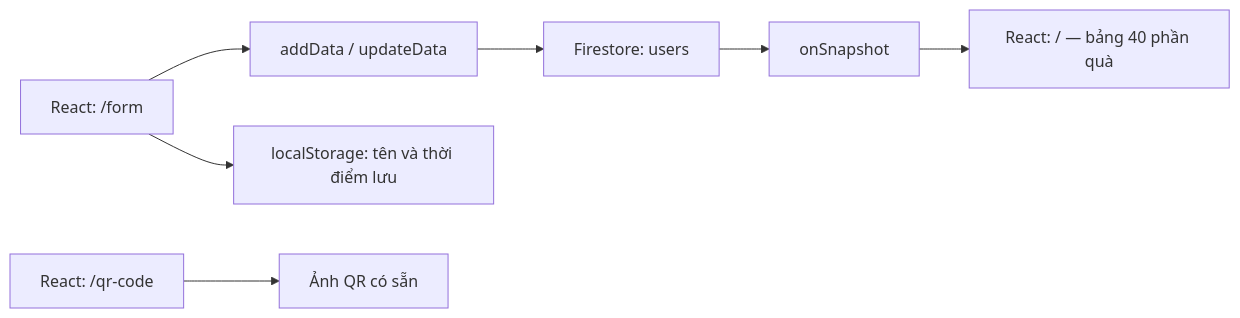
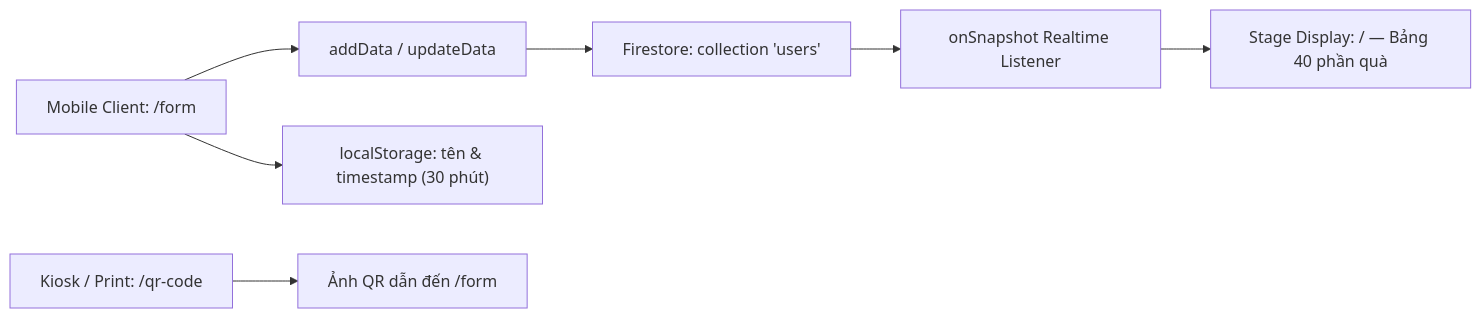
One commit to nhttoan0809/BCS-YEP-2024 changed the diagram in TECHNICAL.md. Above: the diagram before and after it, drawn with Mermaid. The commit also changed other lines of this file and 30 other files, not shown here.

````diff
--- a/TECHNICAL.md
+++ b/TECHNICAL.md
@@ -41,9 +51,9 @@
 ```mermaid
 flowchart LR
-    Form["React: /form"] --> Actions["addData / updateData"]
-    Actions --> Users["Firestore: users"]
-    Users --> Snapshot["onSnapshot"]
-    Snapshot --> Home["React: / — bảng 40 phần quà"]
-    Form --> Storage["localStorage: tên và thời điểm lưu"]
-    QR["React: /qr-code"] --> Image["Ảnh QR có sẵn"]
+    Form["Mobile Client: /form"] --> Actions["addData / updateData"]
+    Actions --> Users["Firestore: collection 'users'"]
+    Users --> Snapshot["onSnapshot Realtime Listener"]
+    Snapshot --> Home["Stage Display: / — Bảng 40 phần quà"]
+    Form --> Storage["localStorage: tên & timestamp (30 phút)"]
+    QR["Kiosk / Print: /qr-code"] --> Image["Ảnh QR dẫn đến /form"]
 ```
````
